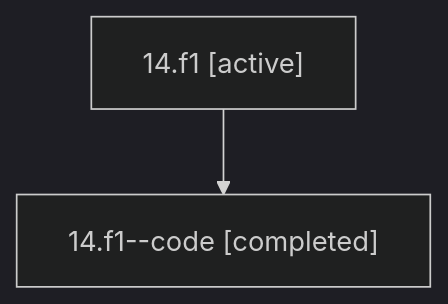
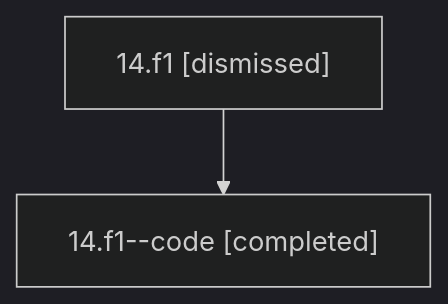
The diagram in sessions/bbugyi200.athena.14.f1.md (bobs-org/bob-cli--agents), drawn with Mermaid (dark theme) before and after one commit. The commit also changed other lines of this file and 42 other files, not shown here.

````diff
--- a/sessions/bbugyi200.athena.14.f1.md
+++ b/sessions/bbugyi200.athena.14.f1.md
@@ -9,6 +9,6 @@
 ```mermaid
 flowchart TD
-  n0["14.f1 [active]"]
+  n0["14.f1 [dismissed]"]
   n1["14.f1--code [completed]"]
   n0 --> n1
 ```
````
